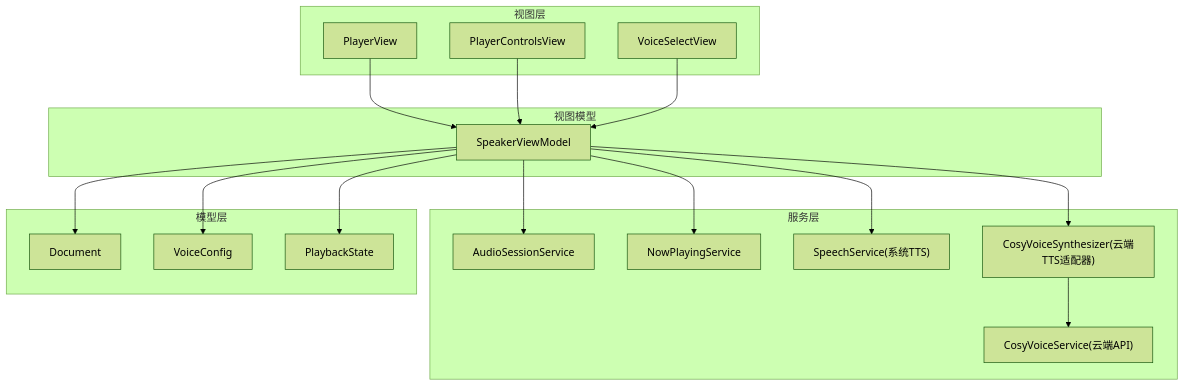
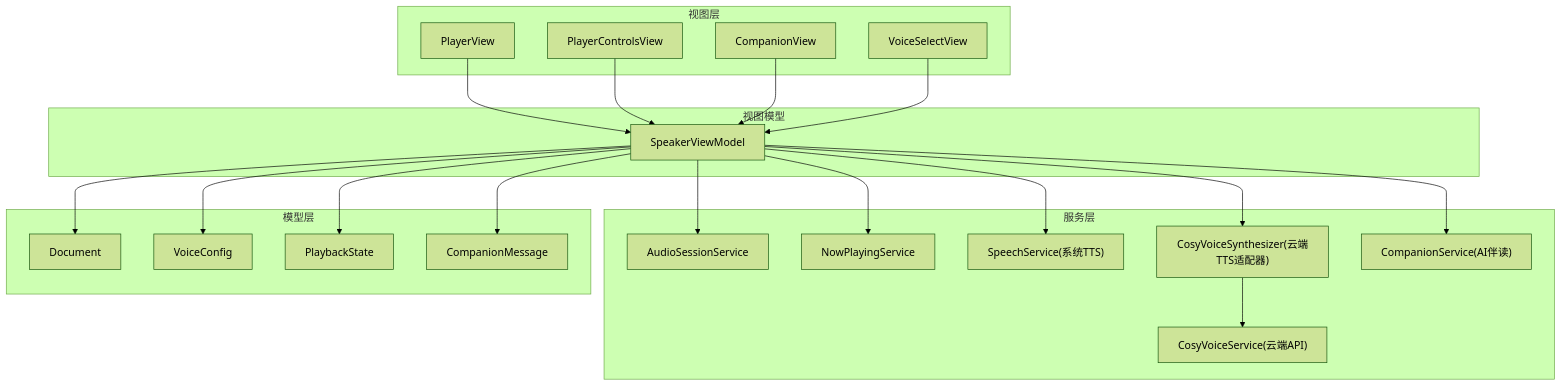
The first of 9 diagrams in .qoder/repowiki/zh/content/用户界面设计/播放器界面.md (Primoguo/Knowledge), drawn with Mermaid (forest theme) before and after one commit. The commit also changed other lines of this file and 32 other files, not shown here.

````diff
--- a/.qoder/repowiki/zh/content/用户界面设计/播放器界面.md
+++ b/.qoder/repowiki/zh/content/用户界面设计/播放器界面.md
@@ -41,34 +51,40 @@
 ```mermaid
 graph TB
 subgraph "视图层"
 PV["PlayerView"]
 PCV["PlayerControlsView"]
+CV["CompanionView"]
 VSV["VoiceSelectView"]
 end
 subgraph "视图模型"
 SVM["SpeakerViewModel"]
 end
 subgraph "服务层"
 ASS["AudioSessionService"]
 NPS["NowPlayingService"]
 SS["SpeechService(系统TTS)"]
 CVS["CosyVoiceSynthesizer(云端TTS适配器)"]
 CSV["CosyVoiceService(云端API)"]
+CS["CompanionService(AI伴读)"]
 end
 subgraph "模型层"
 DOC["Document"]
 VC["VoiceConfig"]
 PS["PlaybackState"]
+CM["CompanionMessage"]
 end
 PV --> SVM
 PCV --> SVM
+CV --> SVM
 VSV --> SVM
 SVM --> ASS
 SVM --> NPS
 SVM --> SS
 SVM --> CVS
 CVS --> CSV
+SVM --> CS
 SVM --> DOC
 SVM --> VC
 SVM --> PS
+SVM --> CM
 ```
````
